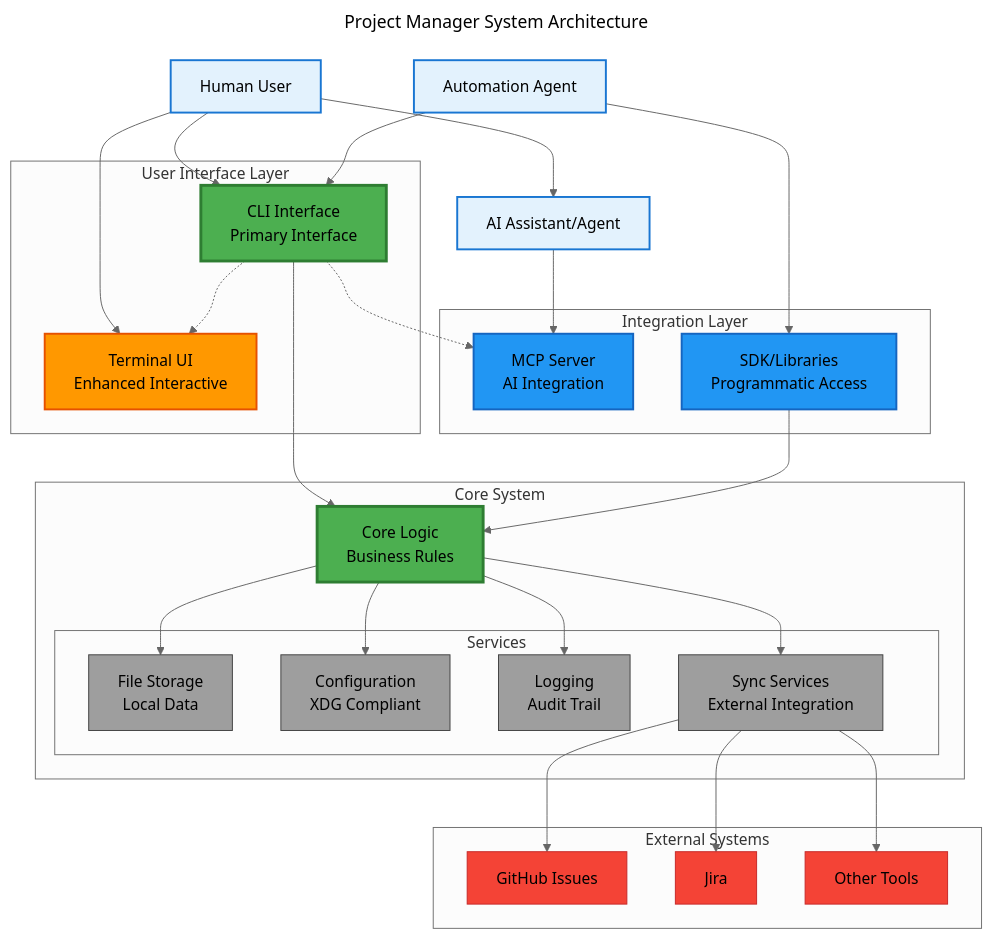
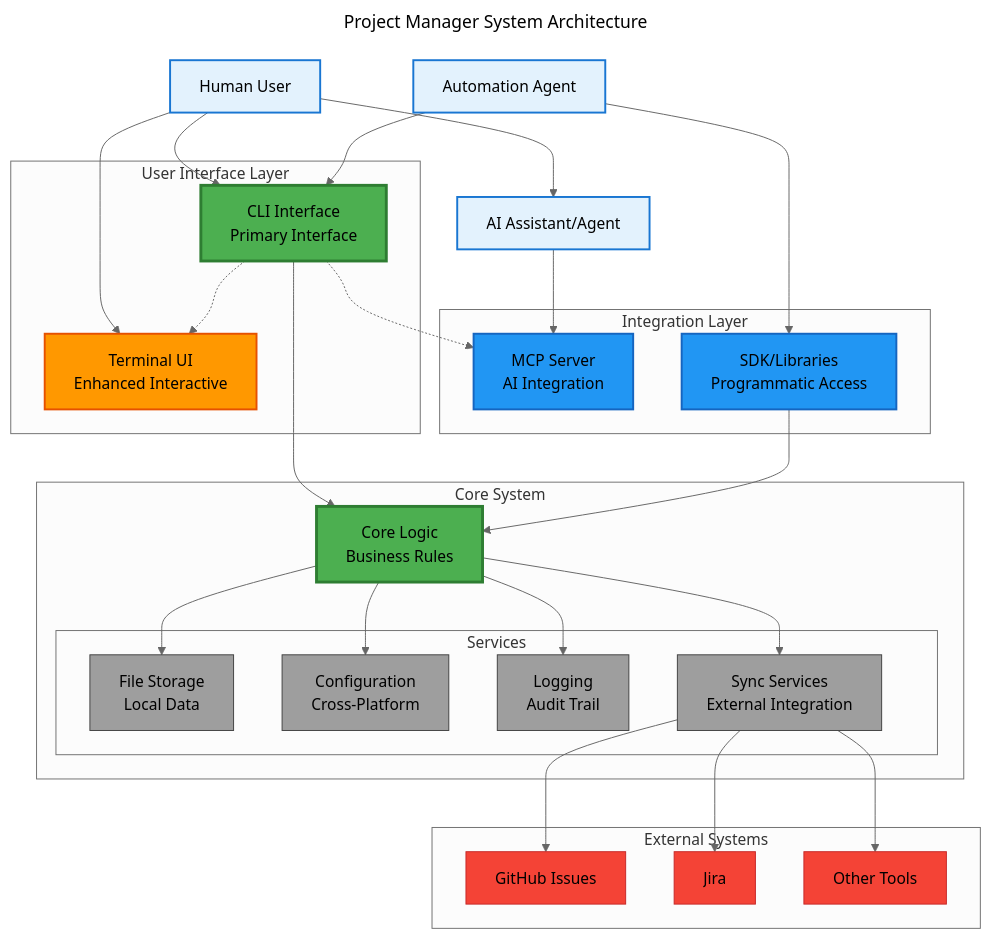
One commit to kamiazya/project-manager changed the first of 3 diagrams in docs/reference/architecture.md. Above: the diagram before and after it, drawn with Mermaid. The commit also changed other lines of this file and 363 other files, not shown here.

First line of the commit message:
feat: Complete Clean Architecture Implementation with SDK and Test Improvements (#15)

````diff
--- a/docs/reference/architecture.md
+++ b/docs/reference/architecture.md
@@ -30,82 +33,82 @@
 ```mermaid
 ---
 title: Project Manager System Architecture
 ---
 %%{init: {"theme": "neutral", "themeVariables": {"primaryColor": "#4caf50", "primaryTextColor": "#2e7d32", "primaryBorderColor": "#2e7d32"}}}%%
 graph TB
     %% External Systems
     subgraph "External Systems"
         GH[GitHub Issues]
         JIRA[Jira]
         OTHER[Other Tools]
     end
 
     %% Actors
     Human[Human User]
     AI[AI Assistant/Agent]
     Automation[Automation Agent]
 
     %% User Interface Layer
     subgraph "User Interface Layer"
         CLI[CLI Interface<br/>Primary Interface]
         TUI[Terminal UI<br/>Enhanced Interactive]
     end
 
     %% Integration Layer
     subgraph "Integration Layer"
         MCP[MCP Server<br/>AI Integration]
         SDK[SDK/Libraries<br/>Programmatic Access]
     end
 
     %% Core System
     subgraph "Core System"
         CORE[Core Logic<br/>Business Rules]
 
         subgraph "Services"
             STORAGE[File Storage<br/>Local Data]
-            CONFIG[Configuration<br/>XDG Compliant]
+            CONFIG[Configuration<br/>Cross-Platform]
             LOG[Logging<br/>Audit Trail]
             SYNC[Sync Services<br/>External Integration]
         end
     end
 
     %% Actor Interactions
     Human --> CLI
     Human --> TUI
     Human --> AI
     AI --> MCP
     Automation --> CLI
     Automation --> SDK
 
     %% Interface Relationships (CLI-First Architecture)
     CLI --> CORE
     CLI -.-> TUI
     CLI -.-> MCP
     SDK --> CORE
 
     %% Service Dependencies
     CORE --> STORAGE
     CORE --> CONFIG
     CORE --> LOG
     CORE --> SYNC
 
     %% External Integration
     SYNC --> GH
     SYNC --> JIRA
     SYNC --> OTHER
 
     %% Styling
     classDef actor fill:#e3f2fd,stroke:#1976d2,stroke-width:2px
     classDef primary fill:#4caf50,stroke:#2e7d32,stroke-width:3px
     classDef interface fill:#ff9800,stroke:#e65100,stroke-width:2px
     classDef integration fill:#2196f3,stroke:#1565c0,stroke-width:2px
     classDef service fill:#9e9e9e,stroke:#424242,stroke-width:1px
     classDef external fill:#f44336,stroke:#c62828,stroke-width:1px
 
     class Human,AI,Automation actor
     class CLI,CORE primary
     class TUI interface
     class MCP,SDK integration
     class STORAGE,CONFIG,LOG,SYNC service
     class GH,JIRA,OTHER external
 ```
````
